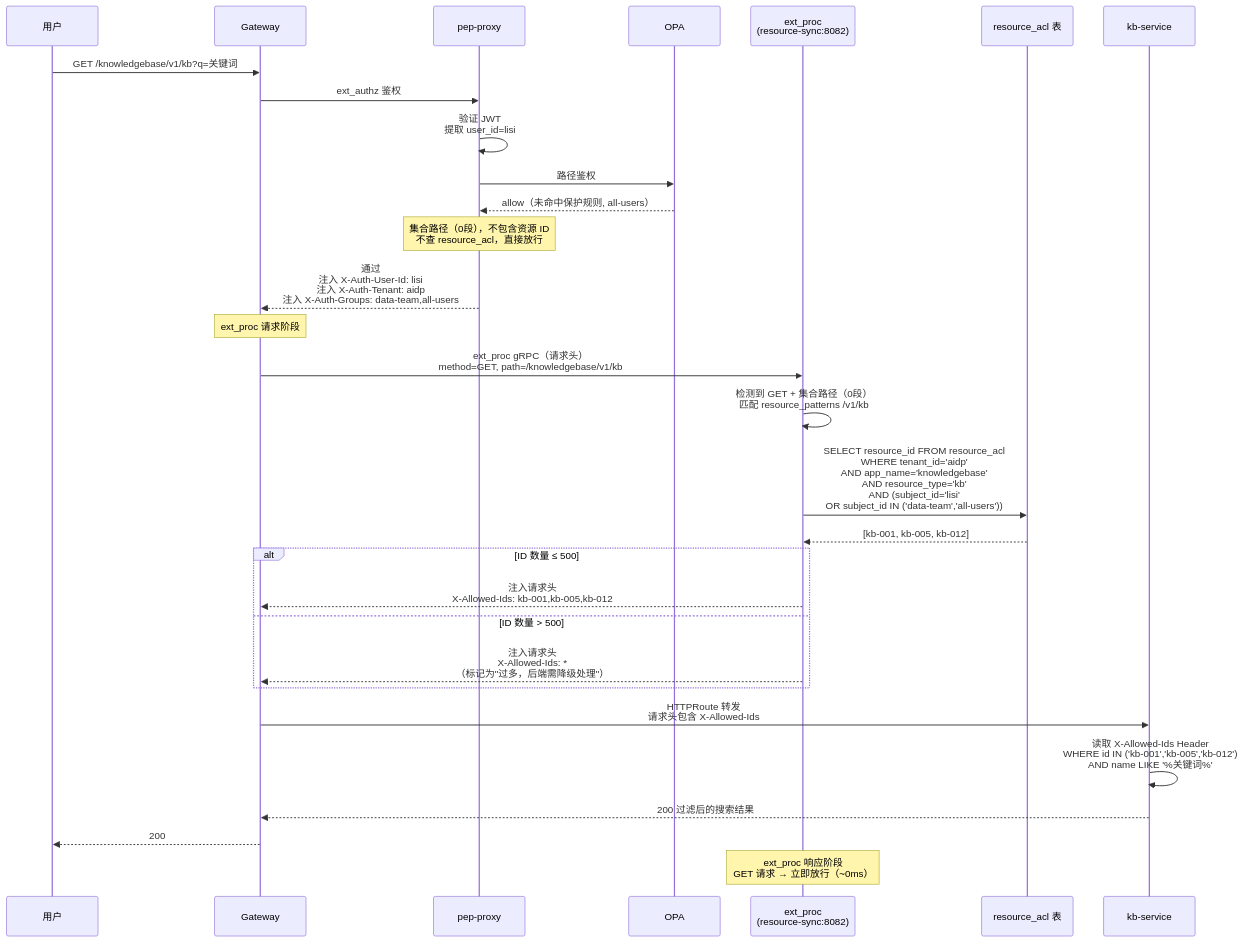
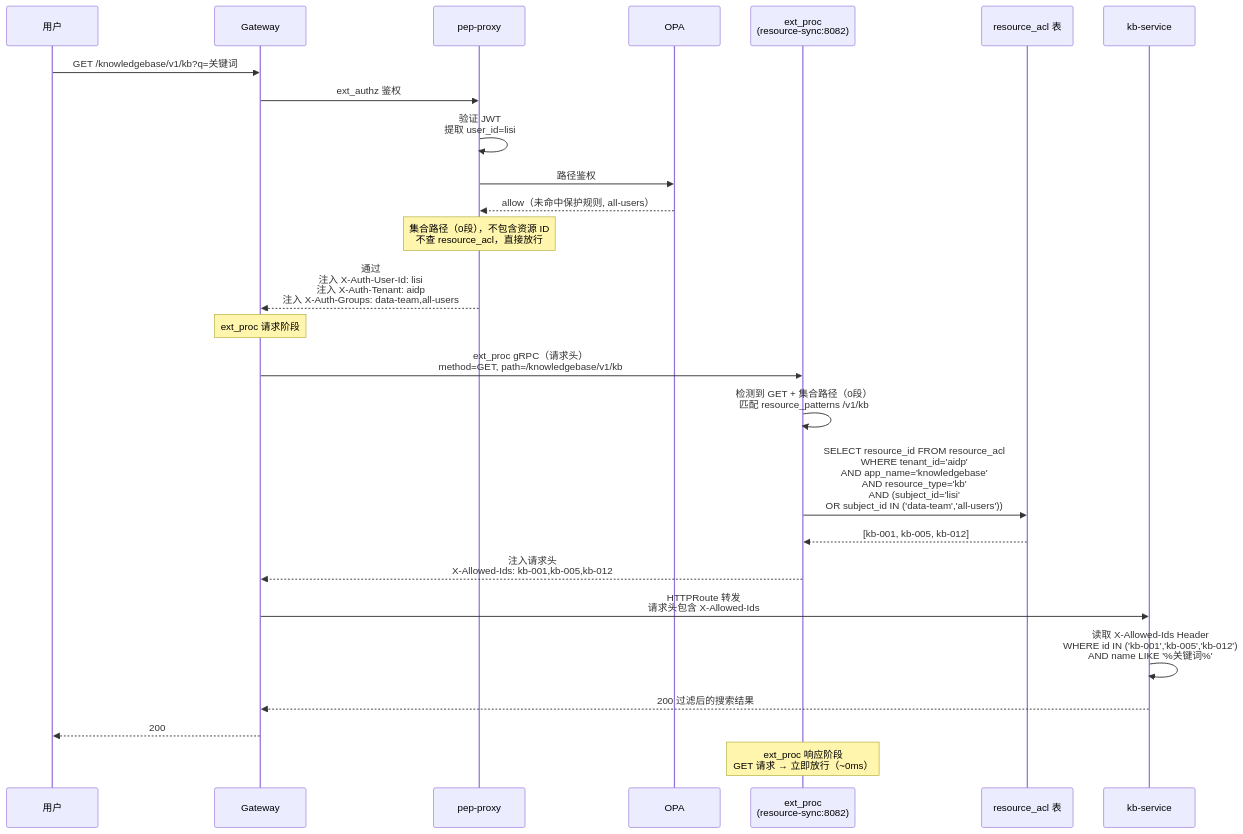
The sixth of 15 diagrams in diagrams/request-flow.md (xiewanchao/aidp-iam), drawn with Mermaid before and after one commit. The commit also changed other lines of this file and 43 other files, not shown here.

````diff
--- a/diagrams/request-flow.md
+++ b/diagrams/request-flow.md
@@ -194,41 +198,37 @@
 ```mermaid
 sequenceDiagram
     participant U as 用户
     participant GW as Gateway
     participant PEP as pep-proxy
     participant OPA as OPA
     participant EP as ext_proc<br/>(resource-sync:8082)
     participant DB as resource_acl 表
     participant KB as kb-service
 
     U->>GW: GET /knowledgebase/v1/kb?q=关键词
     GW->>PEP: ext_authz 鉴权
 
     PEP->>PEP: 验证 JWT<br/>提取 user_id=lisi
     PEP->>OPA: 路径鉴权
     OPA-->>PEP: allow（未命中保护规则, all-users）
 
     Note over PEP: 集合路径（0段），不包含资源 ID<br/>不查 resource_acl，直接放行
 
     PEP-->>GW: 通过<br/>注入 X-Auth-User-Id: lisi<br/>注入 X-Auth-Tenant: aidp<br/>注入 X-Auth-Groups: data-team,all-users
 
     Note over GW: ext_proc 请求阶段
     GW->>EP: ext_proc gRPC（请求头）<br/>method=GET, path=/knowledgebase/v1/kb
     EP->>EP: 检测到 GET + 集合路径（0段）<br/>匹配 resource_patterns /v1/kb
     EP->>DB: SELECT resource_id FROM resource_acl<br/>WHERE tenant_id='aidp'<br/>AND app_name='knowledgebase'<br/>AND resource_type='kb'<br/>AND (subject_id='lisi'<br/>OR subject_id IN ('data-team','all-users'))
     DB-->>EP: [kb-001, kb-005, kb-012]
 
-    alt ID 数量 ≤ 500
-        EP-->>GW: 注入请求头<br/>X-Allowed-Ids: kb-001,kb-005,kb-012
-    else ID 数量 > 500
-        EP-->>GW: 注入请求头<br/>X-Allowed-Ids: *<br/>（标记为"过多，后端需降级处理"）
-    end
+    EP-->>GW: 注入请求头<br/>X-Allowed-Ids: kb-001,kb-005,kb-012
 
     GW->>KB: HTTPRoute 转发<br/>请求头包含 X-Allowed-Ids
 
     KB->>KB: 读取 X-Allowed-Ids Header<br/>WHERE id IN ('kb-001','kb-005','kb-012')<br/>AND name LIKE '%关键词%'
     KB-->>GW: 200 过滤后的搜索结果
     GW-->>U: 200
 
     Note over EP: ext_proc 响应阶段<br/>GET 请求 → 立即放行（~0ms）
 ```
````
